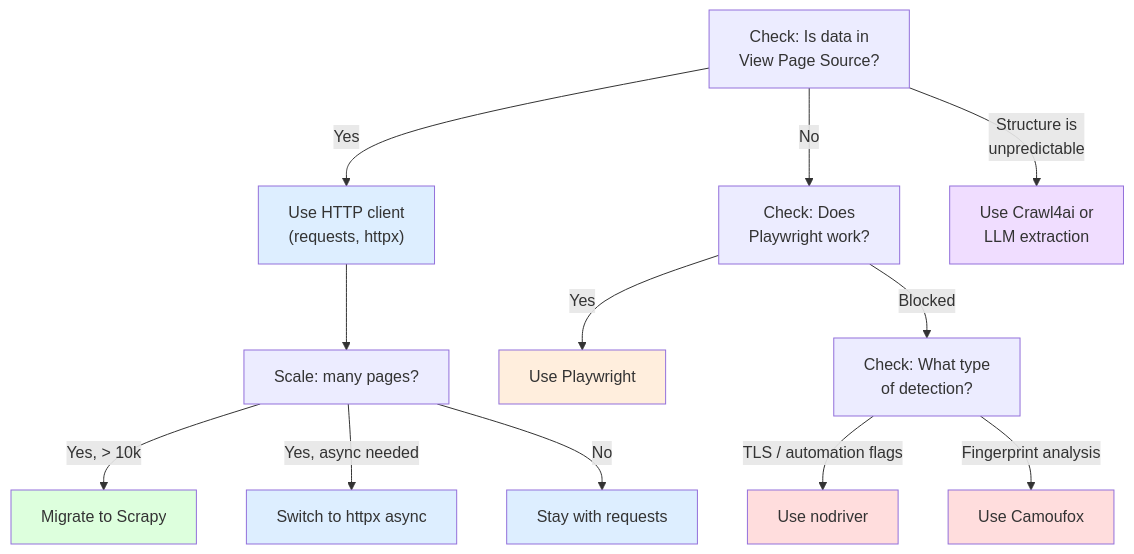
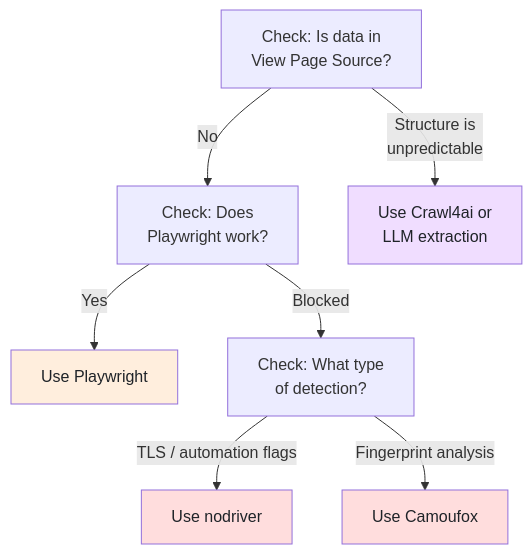
Before and after one commit to bytetunnels/bytetunnels.github.com: the sixth of 6 diagrams in _posts/2026-02-20-best-python-scraper-for-automation-choosing-your-stack.md, drawn with Mermaid. The commit also changed other lines of this file and 118 other files, not shown here.

Commit message:
feat: improve diagram styling and compact wide flowcharts

````diff
--- a/_posts/2026-02-20-best-python-scraper-for-automation-choosing-your-stack.md
+++ b/_posts/2026-02-20-best-python-scraper-for-automation-choosing-your-stack.md
@@ -658,24 +692,15 @@
 ```mermaid
 graph TD
-    A["Check: Is data in<br>View Page Source?"] -->|Yes| B["Use HTTP client<br>(requests, httpx)"]
     A -->|No| C["Check: Does<br>Playwright work?"]
     C -->|Yes| D["Use Playwright"]
     C -->|"Blocked"| E["Check: What type<br>of detection?"]
     E -->|"TLS / automation flags"| F["Use nodriver"]
     E -->|"Fingerprint analysis"| G["Use Camoufox"]
     A -->|"Structure is<br>unpredictable"| H["Use Crawl4ai or<br>LLM extraction"]
 
-    B --> I["Scale: many pages?"]
-    I -->|"Yes, > 10k"| J["Migrate to Scrapy"]
-    I -->|"Yes, async needed"| K["Switch to httpx async"]
-    I -->|No| L["Stay with requests"]
-
-    style B fill:#ddeeff
-    style D fill:#ffeedd
-    style F fill:#ffdddd
-    style G fill:#ffdddd
-    style H fill:#f0ddff
-    style J fill:#ddffdd
-    style K fill:#ddeeff
-    style L fill:#ddeeff
+    style D fill:#ffeedd,color:#1f2328
+    style F fill:#ffdddd,color:#1f2328
+    style G fill:#ffdddd,color:#1f2328
+    style H fill:#f0ddff,color:#1f2328
+    A["Check: Is data in<br>View Page Source?"]
 ```
````
